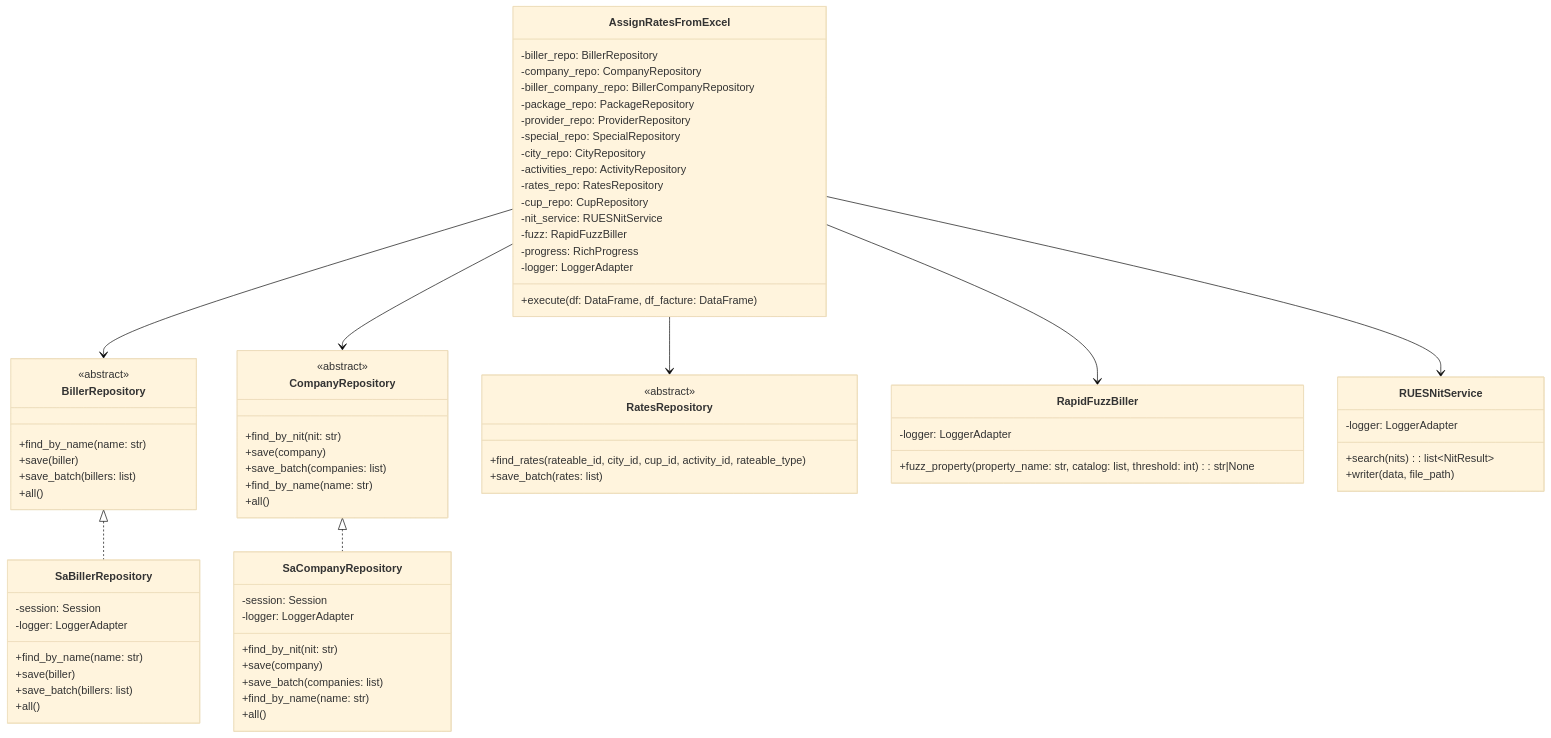
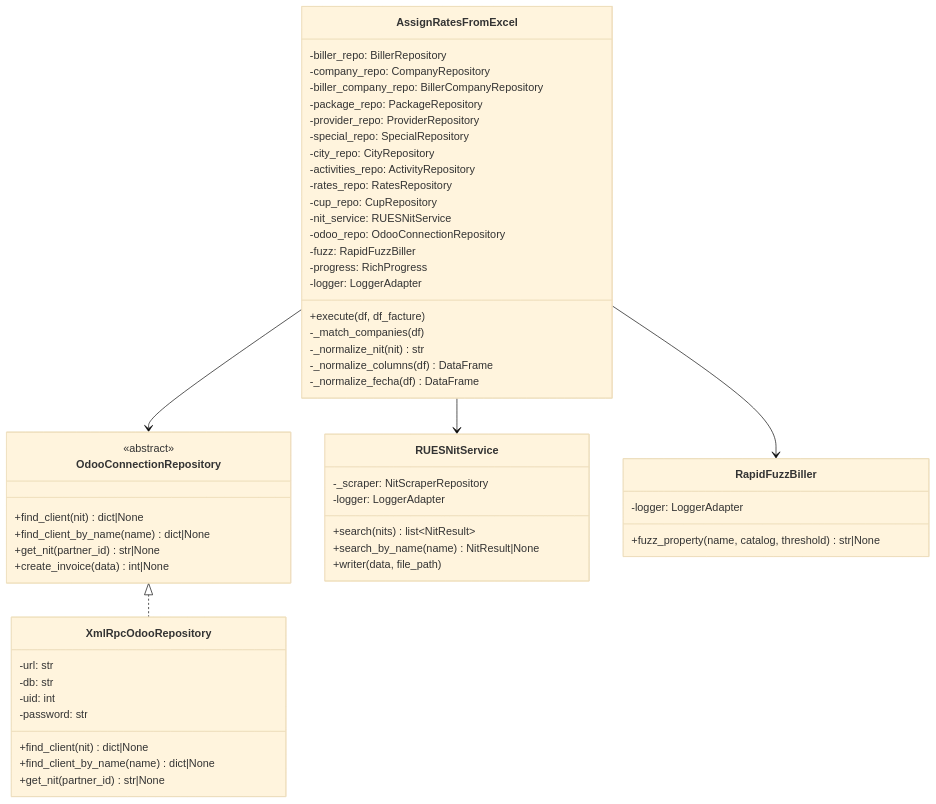
One commit to santo2409/Facturacion changed the fourth of 10 diagrams in docs/c4-diagrams.md. Above: the diagram before and after it, drawn with Mermaid (base theme). The commit also changed other lines of this file, not shown here.

First line of the commit message:
docs(c4): add Odoo system, injection flows, cascade diagram

````diff
--- a/docs/c4-diagrams.md
+++ b/docs/c4-diagrams.md
@@ -117,81 +132,61 @@
 ```mermaid
 classDiagram
     class AssignRatesFromExcel {
         -biller_repo: BillerRepository
         -company_repo: CompanyRepository
         -biller_company_repo: BillerCompanyRepository
         -package_repo: PackageRepository
         -provider_repo: ProviderRepository
         -special_repo: SpecialRepository
         -city_repo: CityRepository
         -activities_repo: ActivityRepository
         -rates_repo: RatesRepository
         -cup_repo: CupRepository
         -nit_service: RUESNitService
+        -odoo_repo: OdooConnectionRepository
         -fuzz: RapidFuzzBiller
         -progress: RichProgress
         -logger: LoggerAdapter
-        +execute(df: DataFrame, df_facture: DataFrame)
+        +execute(df, df_facture)
+        -_match_companies(df)
+        -_normalize_nit(nit) str
+        -_normalize_columns(df) DataFrame
+        -_normalize_fecha(df) DataFrame
     }
 
-    class BillerRepository {
+    class OdooConnectionRepository {
         <<abstract>>
-        +find_by_name(name: str)
-        +save(biller)
-        +save_batch(billers: list)
-        +all()
+        +find_client(nit) dict|None
+        +find_client_by_name(name) dict|None
+        +get_nit(partner_id) str|None
+        +create_invoice(data) int|None
     }
 
-    class CompanyRepository {
-        <<abstract>>
-        +find_by_nit(nit: str)
-        +save(company)
-        +save_batch(companies: list)
-        +find_by_name(name: str)
-        +all()
+    class XmlRpcOdooRepository {
+        -url: str
+        -db: str
+        -uid: int
+        -password: str
+        +find_client(nit) dict|None
+        +find_client_by_name(name) dict|None
+        +get_nit(partner_id) str|None
     }
 
-    class RatesRepository {
-        <<abstract>>
-        +find_rates(rateable_id, city_id, cup_id, activity_id, rateable_type)
-        +save_batch(rates: list)
+    class RUESNitService {
+        -_scraper: NitScraperRepository
+        -logger: LoggerAdapter
+        +search(nits) list~NitResult~
+        +search_by_name(name) NitResult|None
+        +writer(data, file_path)
     }
 
     class RapidFuzzBiller {
         -logger: LoggerAdapter
-        +fuzz_property(property_name: str, catalog: list, threshold: int): str|None
+        +fuzz_property(name, catalog, threshold) str|None
     }
 
-    class RUESNitService {
-        -logger: LoggerAdapter
-        +search(nits): list~NitResult~
-        +writer(data, file_path)
-    }
-
-    class SaBillerRepository {
-        -session: Session
-        -logger: LoggerAdapter
-        +find_by_name(name: str)
-        +save(biller)
-        +save_batch(billers: list)
-        +all()
-    }
-
-    class SaCompanyRepository {
-        -session: Session
-        -logger: LoggerAdapter
-        +find_by_nit(nit: str)
-        +save(company)
-        +save_batch(companies: list)
-        +find_by_name(name: str)
-        +all()
-    }
-
-    AssignRatesFromExcel --> BillerRepository
-    AssignRatesFromExcel --> CompanyRepository
-    AssignRatesFromExcel --> RatesRepository
+    AssignRatesFromExcel --> OdooConnectionRepository
+    AssignRatesFromExcel --> RUESNitService
     AssignRatesFromExcel --> RapidFuzzBiller
-    AssignRatesFromExcel --> RUESNitService
-    BillerRepository <|.. SaBillerRepository
-    CompanyRepository <|.. SaCompanyRepository
+    OdooConnectionRepository <|.. XmlRpcOdooRepository
 ```
````
